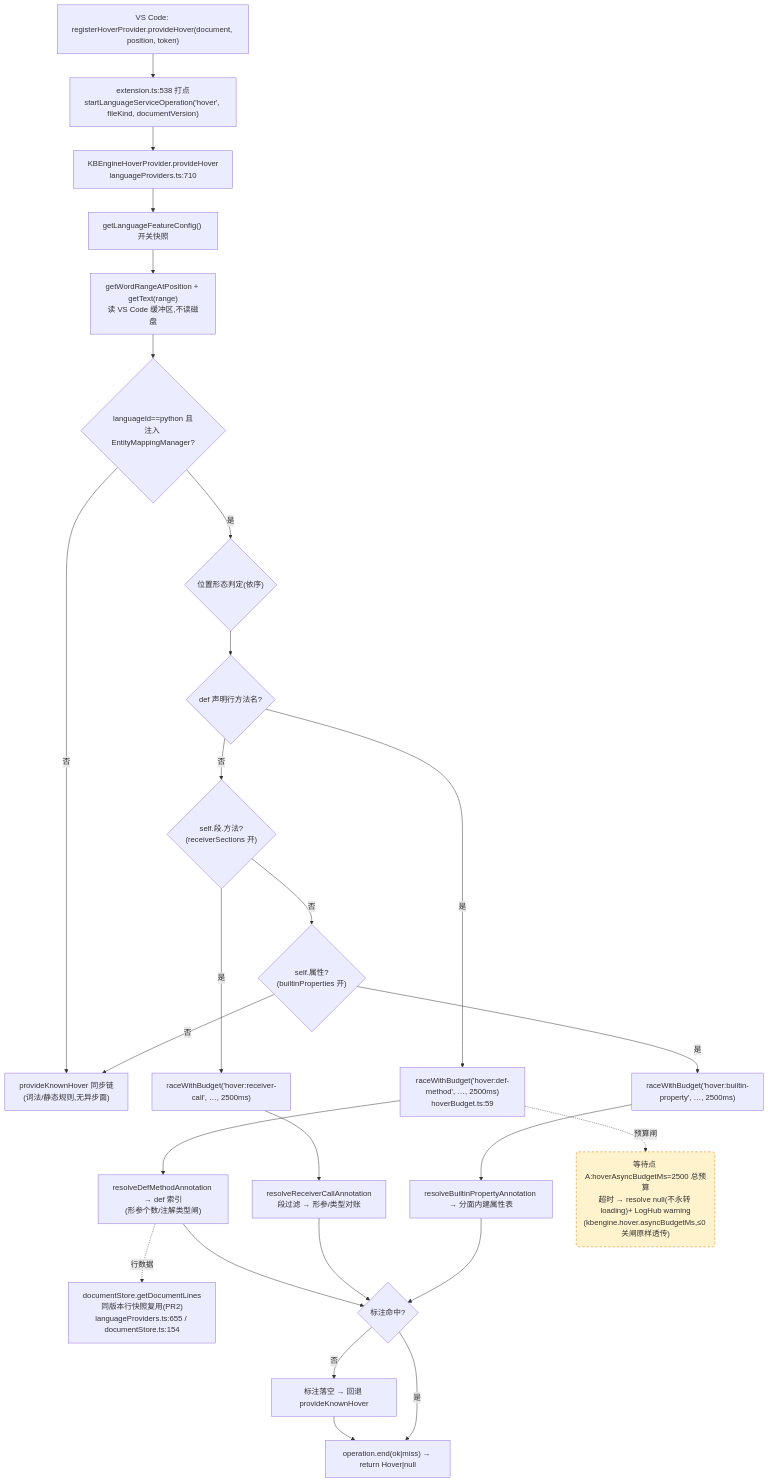
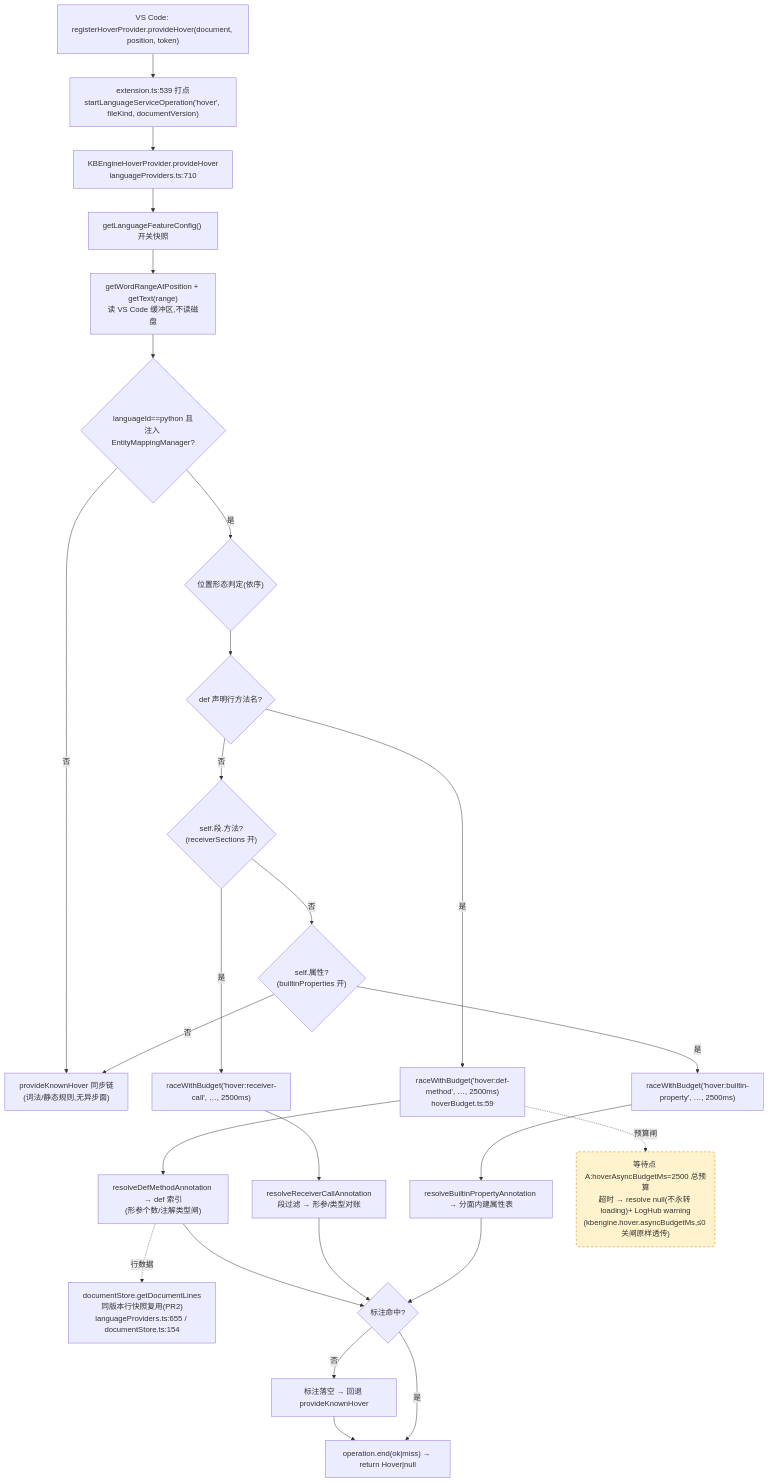
The first of 4 diagrams in docs/perf/2026-baseline.md (cuihairu/kode), drawn with Mermaid before and after one commit. The commit also changed other lines of this file and 5 other files, not shown here.

````diff
--- a/docs/perf/2026-baseline.md
+++ b/docs/perf/2026-baseline.md
@@ -82,45 +82,45 @@
 ```mermaid
 flowchart TD
   VC1["VS Code: registerHoverProvider.provideHover(document, position, token)"]
-  M1["extension.ts:538 打点<br/>startLanguageServiceOperation('hover', fileKind, documentVersion)"]
+  M1["extension.ts:539 打点<br/>startLanguageServiceOperation('hover', fileKind, documentVersion)"]
   HP["KBEngineHoverProvider.provideHover<br/>languageProviders.ts:710"]
   CFG["getLanguageFeatureConfig() 开关快照"]
   WORD["getWordRangeAtPosition + getText(range)<br/>读 VS Code 缓冲区,不读磁盘"]
   BR{"languageId==python 且<br/>注入 EntityMappingManager?"}
   KN["provideKnownHover 同步链<br/>(词法/静态规则,无异步面)"]
   POS{"位置形态判定(依序)"}
   D1{"def 声明行方法名?"}
   D2{"self.段.方法?<br/>(receiverSections 开)"}
   D3{"self.属性?<br/>(builtinProperties 开)"}
   RA1["raceWithBudget('hover:def-method', …, 2500ms)<br/>hoverBudget.ts:59"]
   RA2["raceWithBudget('hover:receiver-call', …, 2500ms)"]
   RA3["raceWithBudget('hover:builtin-property', …, 2500ms)"]
   RS1["resolveDefMethodAnnotation → def 索引<br/>(形参个数/注解类型闸)"]
   RS2["resolveReceiverCallAnnotation<br/>段过滤 → 形参/类型对账"]
   RS3["resolveBuiltinPropertyAnnotation → 分面内建属性表"]
   LINES["documentStore.getDocumentLines<br/>同版本行快照复用(PR2)<br/>languageProviders.ts:655 / documentStore.ts:154"]
   MISS["标注落空 → 回退 provideKnownHover"]
   END1["operation.end(ok|miss) → return Hover|null"]
 
   VC1 --> M1 --> HP --> CFG --> WORD --> BR
   BR -- "否" --> KN
   BR -- "是" --> POS --> D1
   D1 -- "是" --> RA1 --> RS1
   D1 -- "否" --> D2
   D2 -- "是" --> RA2 --> RS2
   D2 -- "否" --> D3
   D3 -- "是" --> RA3 --> RS3
   D3 -- "否" --> KN
   RS1 --> HIT{"标注命中?"}
   RS2 --> HIT
   RS3 --> HIT
   RS1 -.->|行数据| LINES
   HIT -- "否" --> MISS --> END1
   HIT -- "是" --> END1
 
   WAITA("等待点 A:hoverAsyncBudgetMs=2500 总预算<br/>超时 → resolve null(不永转 loading)+ LogHub warning<br/>(kbengine.hover.asyncBudgetMs,≤0 关闸原样透传)")
   RA1 -.->|预算闸| WAITA
 
   classDef waitPoint fill:#fff3cd,stroke:#d97706,stroke-dasharray:5 4;
   class WAITA waitPoint;
 ```
````
